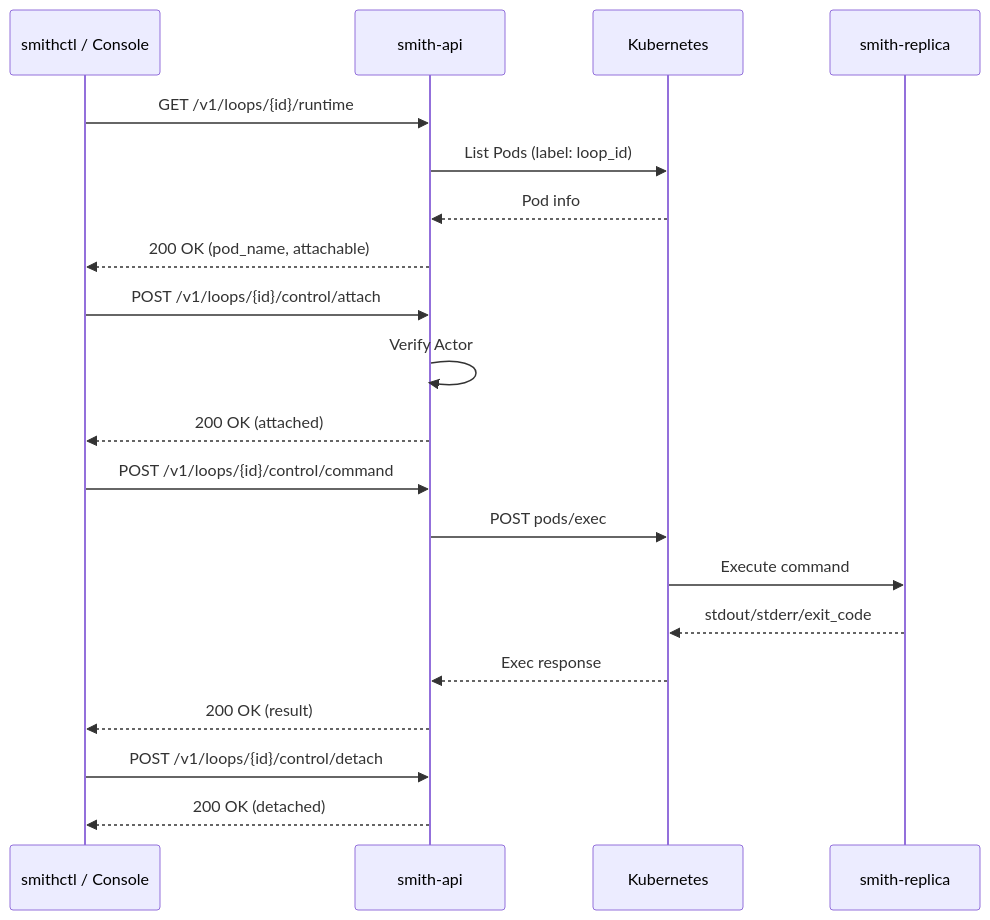
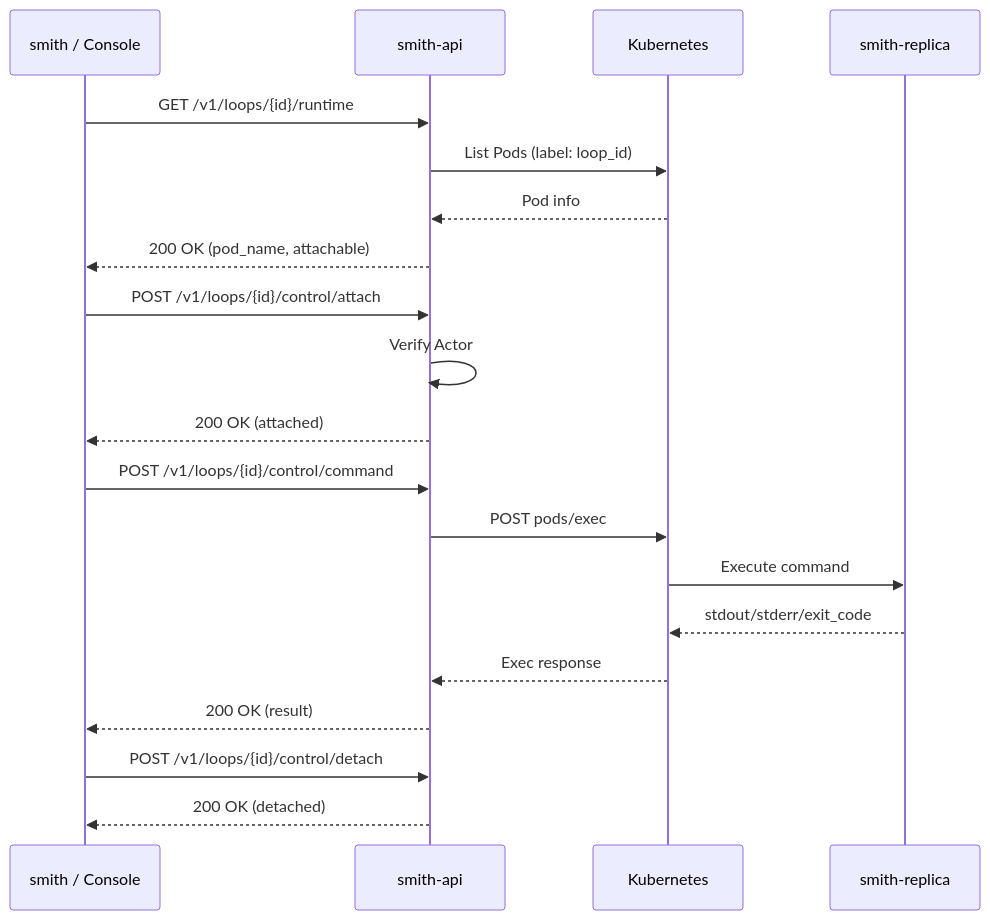
The diagram in docs/diagrams/interactive-terminal.mmd (mrkplt/smith), drawn with Mermaid before and after one commit. The commit also changed 47 other files, not shown here.

Commit message:
refactor(cli): consolidate operator and replica flows under smith

```diff
--- a/docs/diagrams/interactive-terminal.mmd
+++ b/docs/diagrams/interactive-terminal.mmd
@@ -1,24 +1,24 @@
 sequenceDiagram
-    participant client as smithctl / Console
+    participant client as smith / Console
     participant api as smith-api
     participant k8s as Kubernetes
     participant replica as smith-replica
 
     client->>api: GET /v1/loops/{id}/runtime
     api->>k8s: List Pods (label: loop_id)
     k8s-->>api: Pod info
     api-->>client: 200 OK (pod_name, attachable)
 
     client->>api: POST /v1/loops/{id}/control/attach
     api->>api: Verify Actor
     api-->>client: 200 OK (attached)
 
     client->>api: POST /v1/loops/{id}/control/command
     api->>k8s: POST pods/exec
     k8s->>replica: Execute command
     replica-->>k8s: stdout/stderr/exit_code
     k8s-->>api: Exec response
     api-->>client: 200 OK (result)
 
     client->>api: POST /v1/loops/{id}/control/detach
     api-->>client: 200 OK (detached)
```
